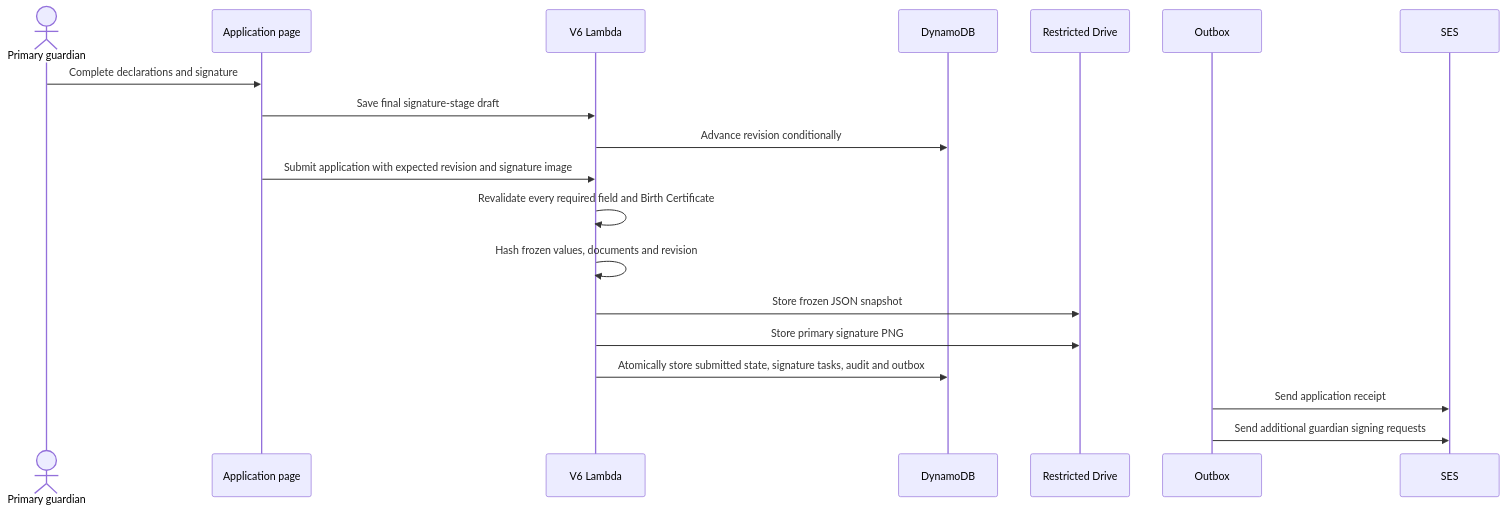
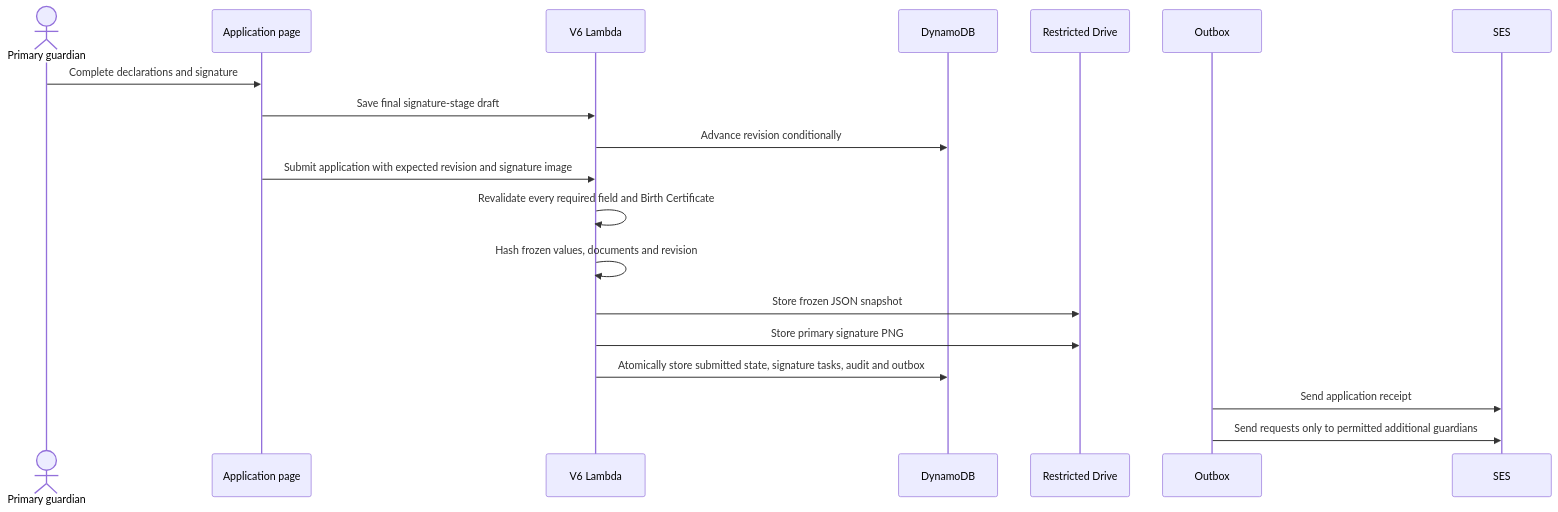
One commit to Martin-Reinoso/independentschoolwest changed the ninth of 14 diagrams in Rosewood enrolment/v6/DATA-PROCESS-MAP.md. Above: the diagram before and after it, drawn with Mermaid. The commit also changed other lines of this file and 28 other files, not shown here.

````diff
--- a/Rosewood enrolment/v6/DATA-PROCESS-MAP.md
+++ b/Rosewood enrolment/v6/DATA-PROCESS-MAP.md
@@ -516,22 +523,22 @@
 ```mermaid
 sequenceDiagram
     actor Primary as Primary guardian
     participant Page as Application page
     participant API as V6 Lambda
     participant DB as DynamoDB
     participant Drive as Restricted Drive
     participant Outbox as Outbox
     participant SES as SES
 
     Primary->>Page: Complete declarations and signature
     Page->>API: Save final signature-stage draft
     API->>DB: Advance revision conditionally
     Page->>API: Submit application with expected revision and signature image
     API->>API: Revalidate every required field and Birth Certificate
     API->>API: Hash frozen values, documents and revision
     API->>Drive: Store frozen JSON snapshot
     API->>Drive: Store primary signature PNG
     API->>DB: Atomically store submitted state, signature tasks, audit and outbox
     Outbox->>SES: Send application receipt
-    Outbox->>SES: Send additional guardian signing requests
+    Outbox->>SES: Send requests only to permitted additional guardians
 ```
````
